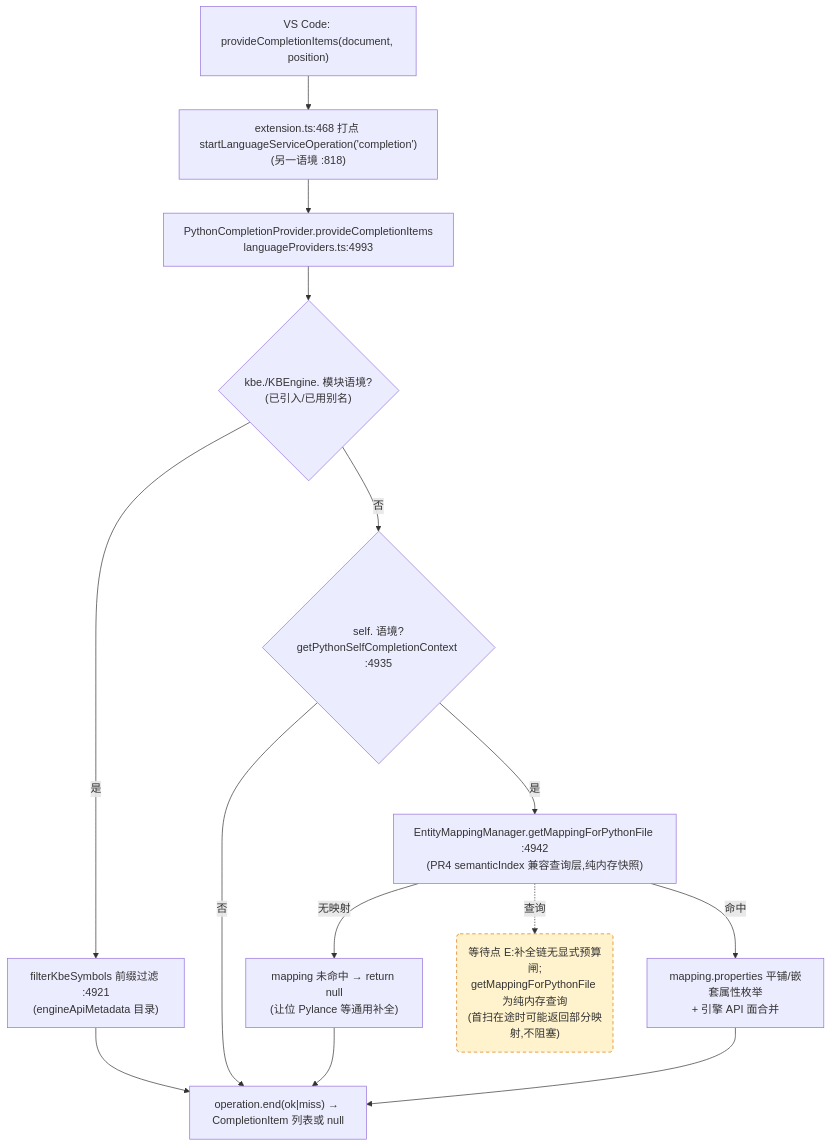
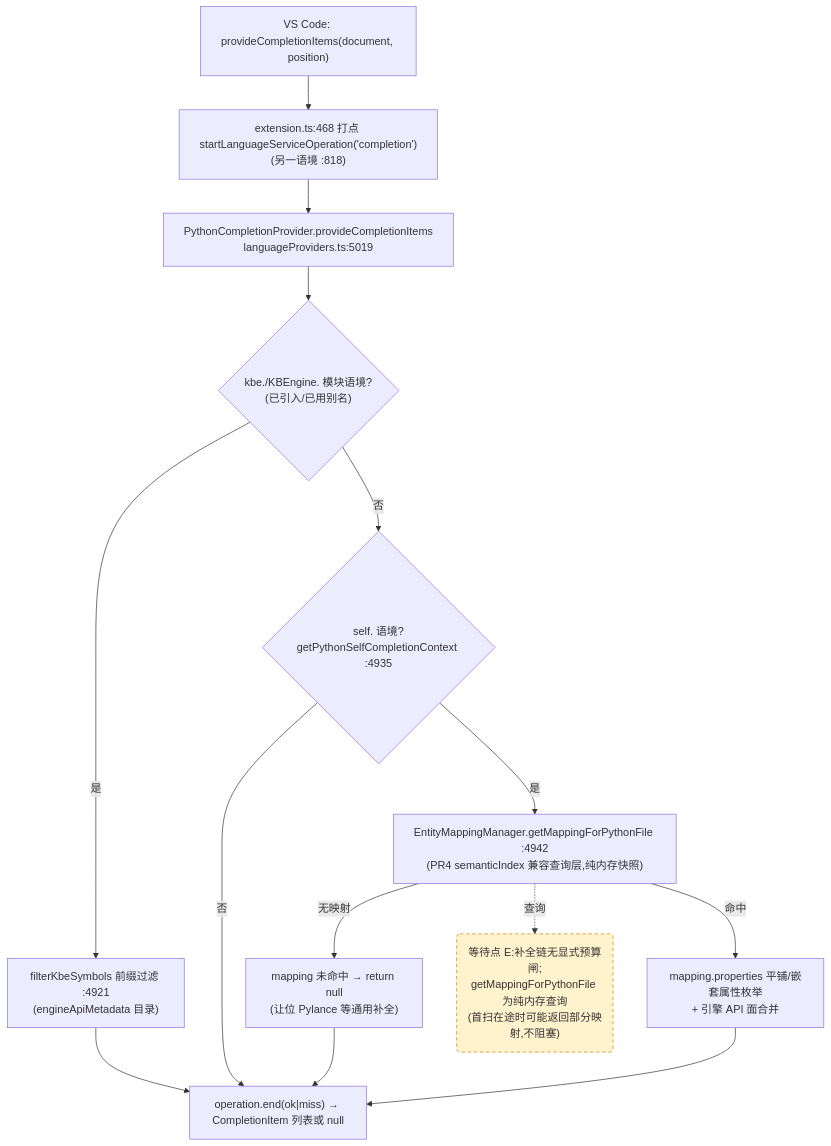
Before and after one commit to cuihairu/kode: the third of 4 diagrams in docs/perf/2026-baseline.md, drawn with Mermaid. The commit also changed other lines of this file and 5 other files, not shown here.

````diff
--- a/docs/perf/2026-baseline.md
+++ b/docs/perf/2026-baseline.md
@@ -184,27 +184,27 @@
 ```mermaid
 flowchart TD
   VC3["VS Code: provideCompletionItems(document, position)"]
   M3["extension.ts:468 打点 startLanguageServiceOperation('completion')<br/>(另一语境 :818)"]
-  CP["PythonCompletionProvider.provideCompletionItems<br/>languageProviders.ts:4993"]
+  CP["PythonCompletionProvider.provideCompletionItems<br/>languageProviders.ts:5019"]
   KBEC{"kbe./KBEngine. 模块语境?<br/>(已引入/已用别名)"}
   FILTER["filterKbeSymbols 前缀过滤 :4921<br/>(engineApiMetadata 目录)"]
   SELFC{"self. 语境?<br/>getPythonSelfCompletionContext :4935"}
   MAP["EntityMappingManager.getMappingForPythonFile :4942<br/>(PR4 semanticIndex 兼容查询层,纯内存快照)"]
   NOMAP["mapping 未命中 → return null<br/>(让位 Pylance 等通用补全)"]
   PROPS["mapping.properties 平铺/嵌套属性枚举<br/>+ 引擎 API 面合并"]
   END3["operation.end(ok|miss) → CompletionItem 列表或 null"]
 
   VC3 --> M3 --> CP --> KBEC
   KBEC -- "是" --> FILTER --> END3
   KBEC -- "否" --> SELFC
   SELFC -- "否" --> END3
   SELFC -- "是" --> MAP
   MAP -- "无映射" --> NOMAP --> END3
   MAP -- "命中" --> PROPS --> END3
 
   WAITE("等待点 E:补全链无显式预算闸;<br/>getMappingForPythonFile 为纯内存查询<br/>(首扫在途时可能返回部分映射,不阻塞)")
   MAP -.->|查询| WAITE
 
   classDef waitPoint fill:#fff3cd,stroke:#d97706,stroke-dasharray:5 4;
   class WAITE waitPoint;
 ```
````
